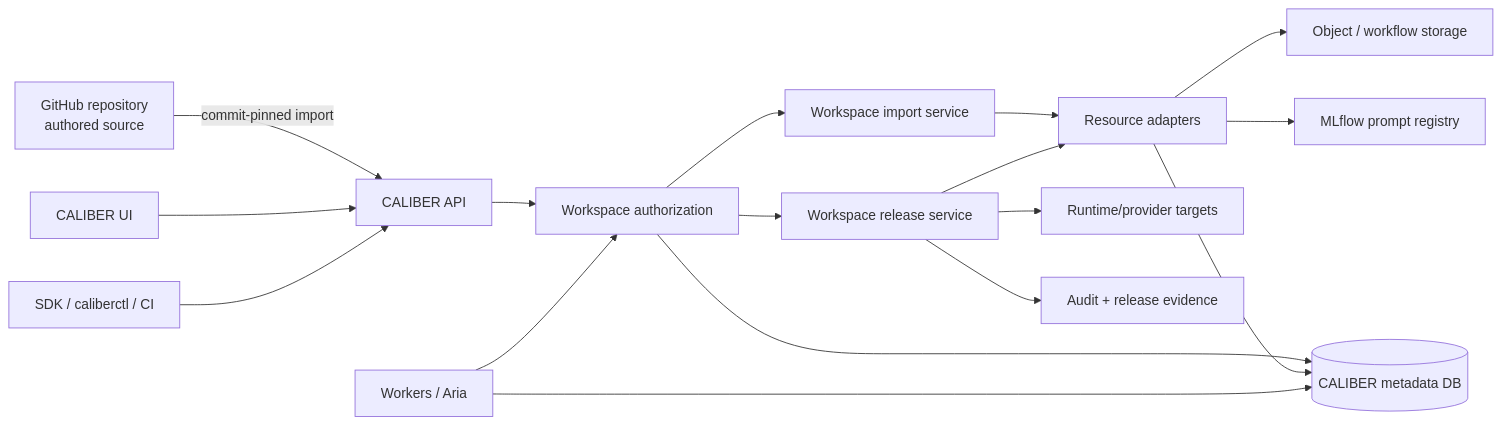
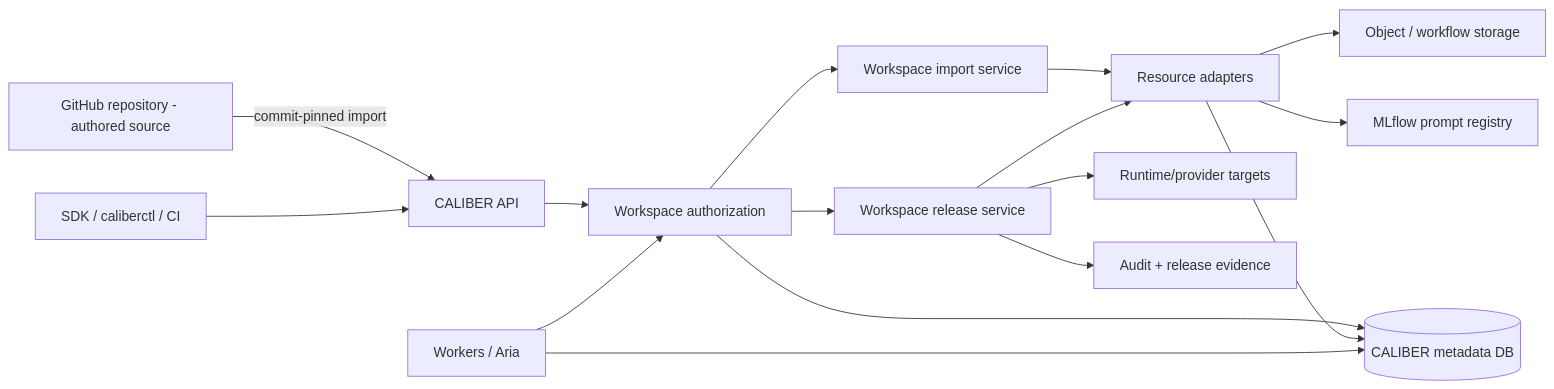
The fourth of 10 diagrams in docs/workspace-plan.md (rrahimi-uci/caliber-suite), drawn with Mermaid before and after one commit. The commit also changed other lines of this file and 3 other files, not shown here.

````diff
--- a/docs/workspace-plan.md
+++ b/docs/workspace-plan.md
@@ -336,19 +858,18 @@
 ```mermaid
 flowchart LR
-    GH[GitHub repository<br/>authored source] -->|commit-pinned import| API[CALIBER API]
-    UI[CALIBER UI] --> API
+    GH[GitHub repository - authored source] -->|commit-pinned import| API[CALIBER API]
     SDK[SDK / caliberctl / CI] --> API
     API --> AUTH[Workspace authorization]
     AUTH --> DB[(CALIBER metadata DB)]
     AUTH --> IMP[Workspace import service]
     AUTH --> REL[Workspace release service]
     IMP --> ADAPT[Resource adapters]
     ADAPT --> DB
     ADAPT --> ML[MLflow prompt registry]
     ADAPT --> OBJ[Object / workflow storage]
     REL --> ADAPT
     REL --> EXT[Runtime/provider targets]
     REL --> AUDIT[Audit + release evidence]
     RUN[Workers / Aria] --> AUTH
     RUN --> DB
 ```
````
